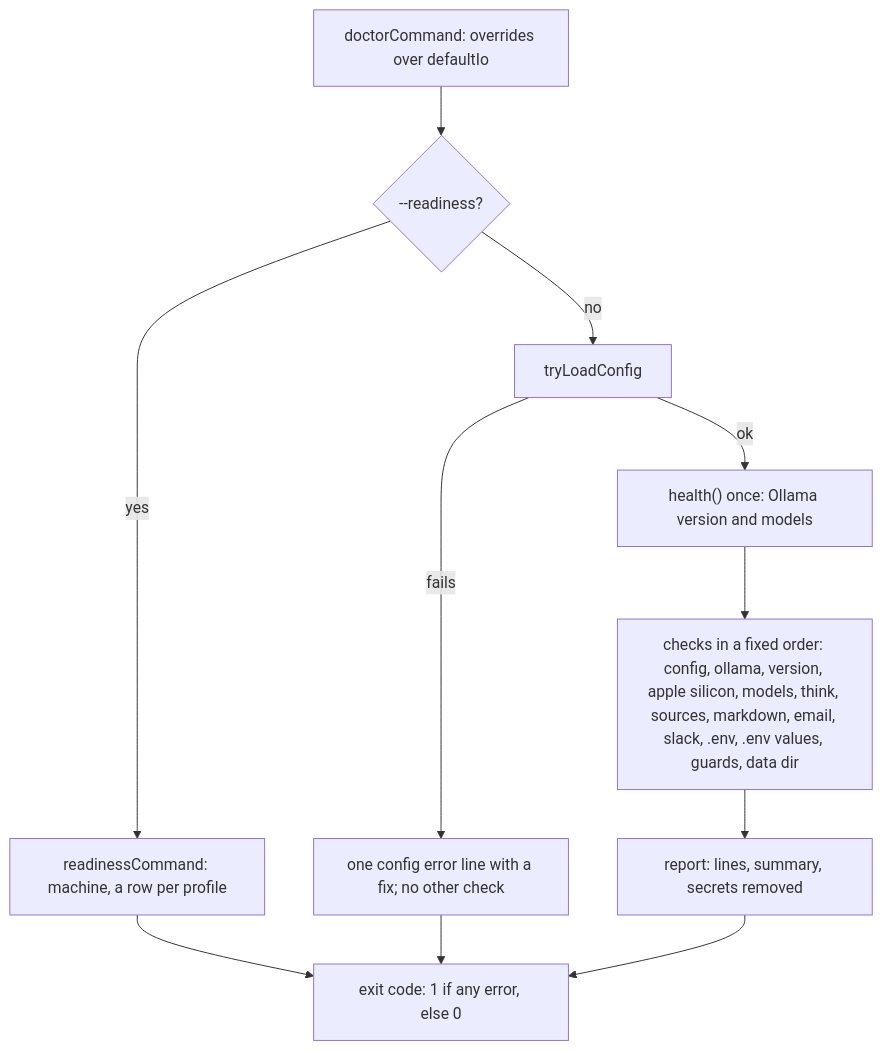
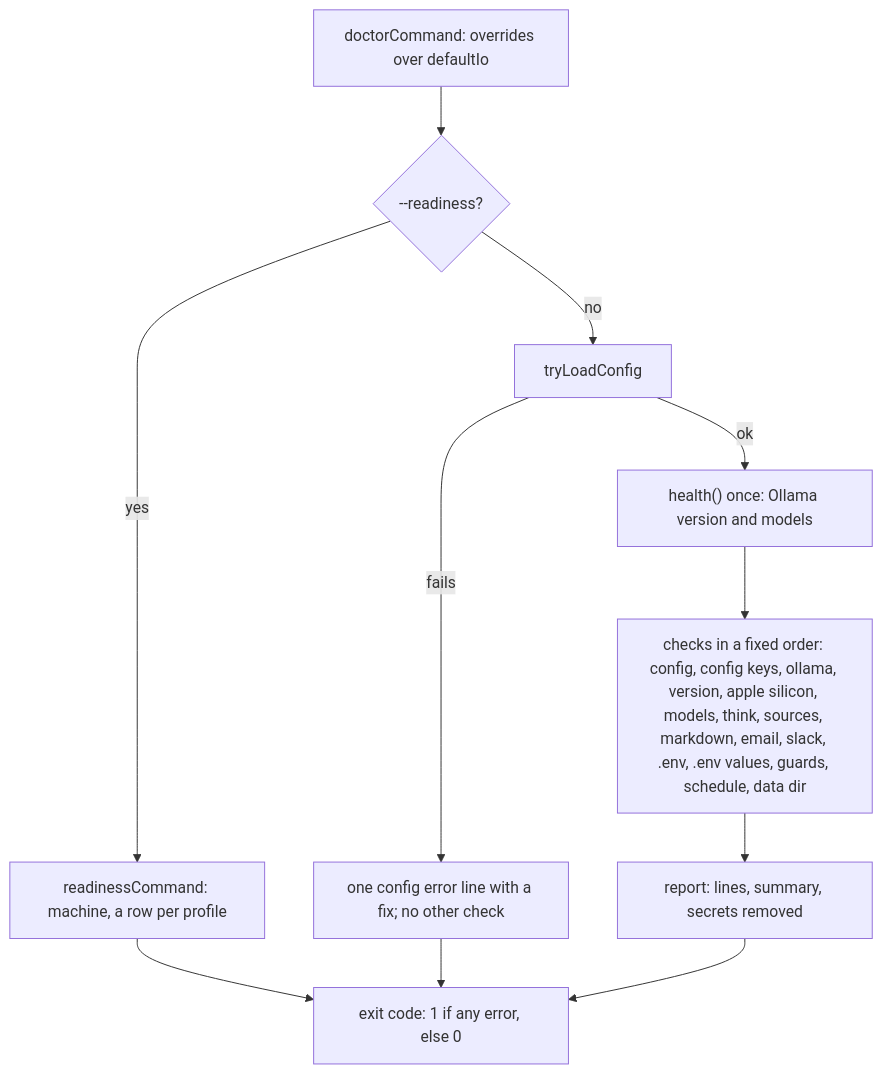
The second of 2 diagrams in src/cli/doctor/CLAUDE.md (odere-pro/weekly-engineering-digest-agent), drawn with Mermaid before and after one commit. The commit also changed other lines of this file and 33 other files, not shown here.

First line of the commit message:
feat(cli): doctor checks schedule and unknown keys; add --version

````diff
--- a/src/cli/doctor/CLAUDE.md
+++ b/src/cli/doctor/CLAUDE.md
@@ -24,10 +24,10 @@
 ```mermaid
 flowchart TD
   start["doctorCommand: overrides over defaultIo"] --> mode{"--readiness?"}
   mode -->|yes| ready["readinessCommand: machine, a row per profile"] --> code
   mode -->|no| load["tryLoadConfig"]
   load -->|"fails"| bad["one config error line with a fix; no other check"] --> code
   load -->|ok| health["health() once: Ollama version and models"]
-  health --> checks["checks in a fixed order: config, ollama, version, apple silicon, models, think, sources, markdown, email, slack, .env, .env values, guards, data dir"]
+  health --> checks["checks in a fixed order: config, config keys, ollama, version, apple silicon, models, think, sources, markdown, email, slack, .env, .env values, guards, schedule, data dir"]
   checks --> report["report: lines, summary, secrets removed"] --> code["exit code: 1 if any error, else 0"]
 ```
````
